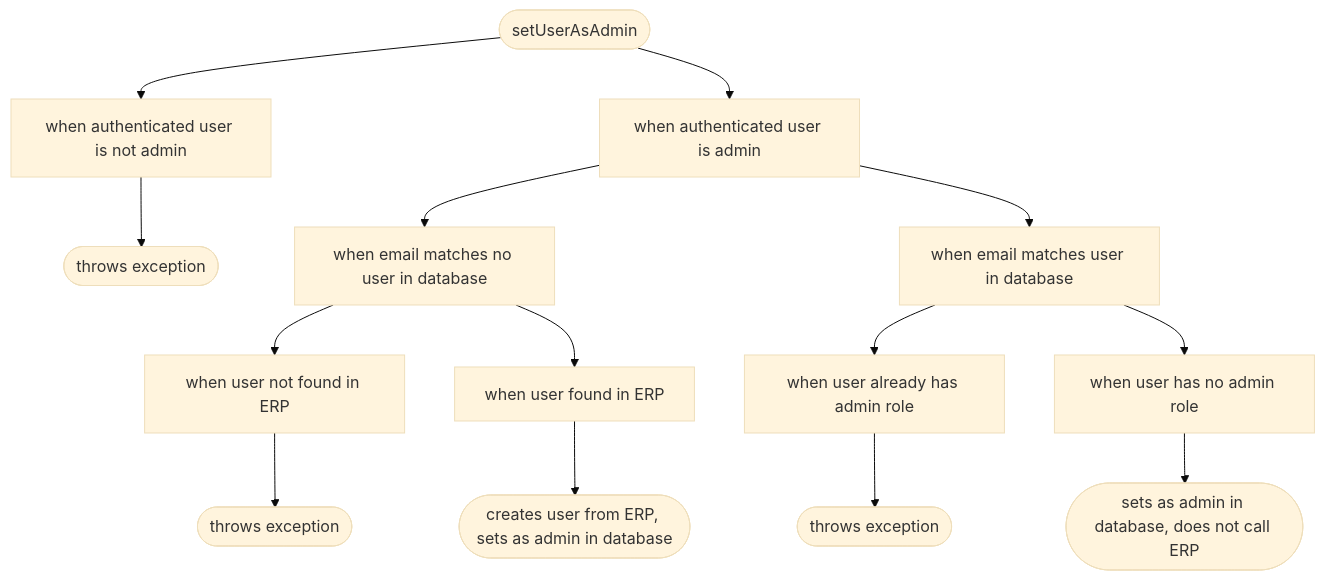
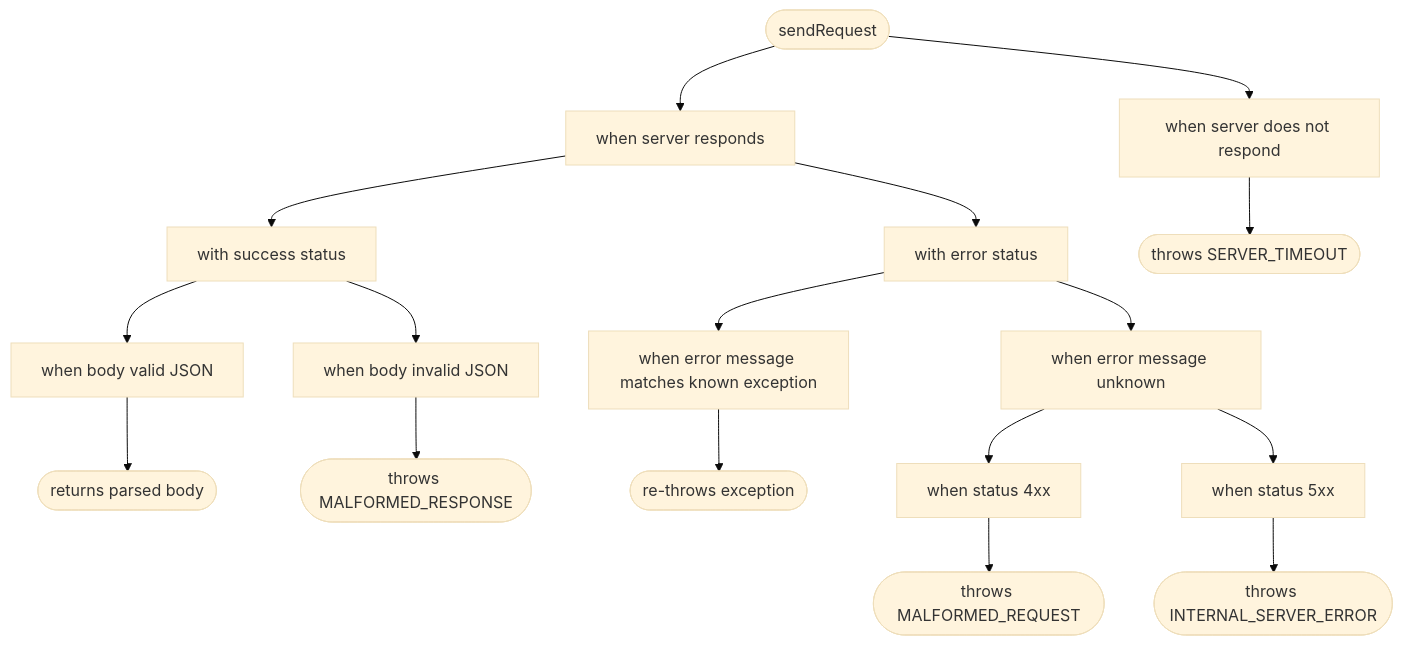
One commit to arnaudrenaud/speccharts changed the diagram in README.md. Above: the diagram before and after it, drawn with Mermaid (base theme). The commit also changed other lines of this file and 7 other files, not shown here.

````diff
--- a/README.md
+++ b/README.md
@@ -49,30 +45,36 @@
 ```mermaid
 flowchart TD
-N0(["setUserAsAdmin"])
-N1["when authenticated user is not admin"]
+N0(["sendRequest"])
+N1["when server responds"]
 N0 --> N1
-N2(["throws exception"])
+N2["with success status"]
 N1 --> N2
-N3["when authenticated user is admin"]
-N0 --> N3
-N4["when email matches no user in database"]
+N3["when body valid JSON"]
+N2 --> N3
+N4(["returns parsed body"])
 N3 --> N4
-N5["when user not found in ERP"]
-N4 --> N5
-N6(["throws exception"])
+N5["when body invalid JSON"]
+N2 --> N5
+N6(["throws MALFORMED_RESPONSE"])
 N5 --> N6
-N7["when user found in ERP"]
-N4 --> N7
-N8(["creates user from ERP, sets as admin in database"])
+N7["with error status"]
+N1 --> N7
+N8["when error message matches known exception"]
 N7 --> N8
-N9["when email matches user in database"]
-N3 --> N9
-N10["when user already has admin role"]
-N9 --> N10
-N11(["throws exception"])
+N9(["re-throws exception"])
+N8 --> N9
+N10["when error message unknown"]
+N7 --> N10
+N11["when status 4xx"]
 N10 --> N11
-N12["when user has no admin role"]
-N9 --> N12
-N13(["sets as admin in database, does not call ERP"])
-N12 --> N13
+N12(["throws MALFORMED_REQUEST"])
+N11 --> N12
+N13["when status 5xx"]
+N10 --> N13
+N14(["throws INTERNAL_SERVER_ERROR"])
+N13 --> N14
+N15["when server does not respond"]
+N0 --> N15
+N16(["throws SERVER_TIMEOUT"])
+N15 --> N16
 ```
````
